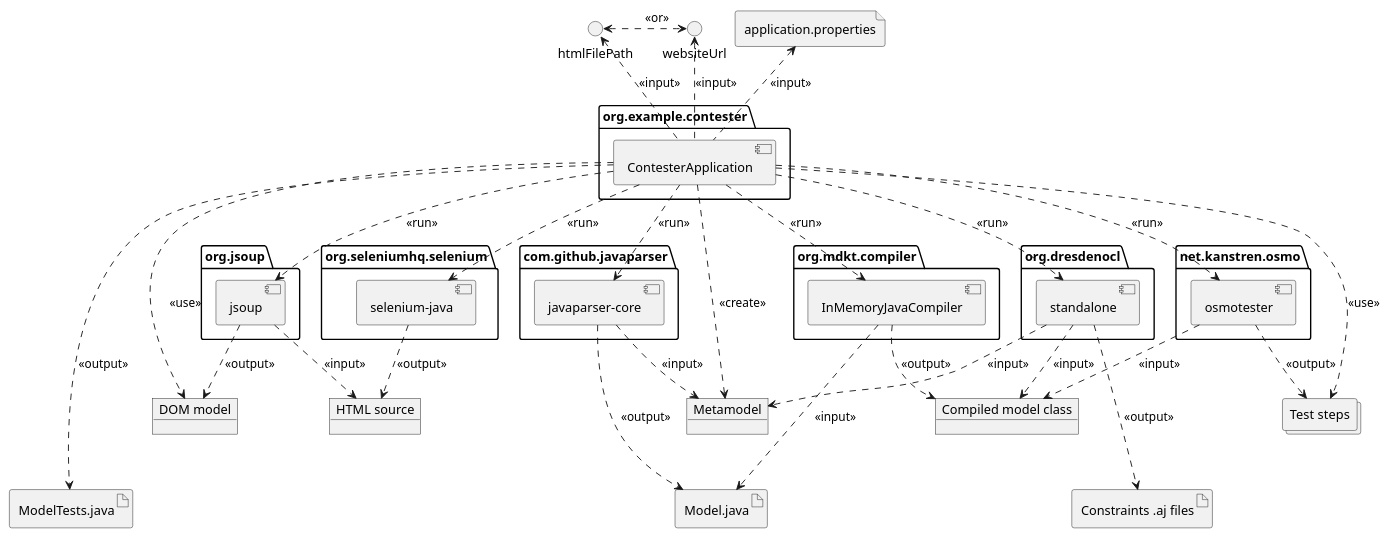
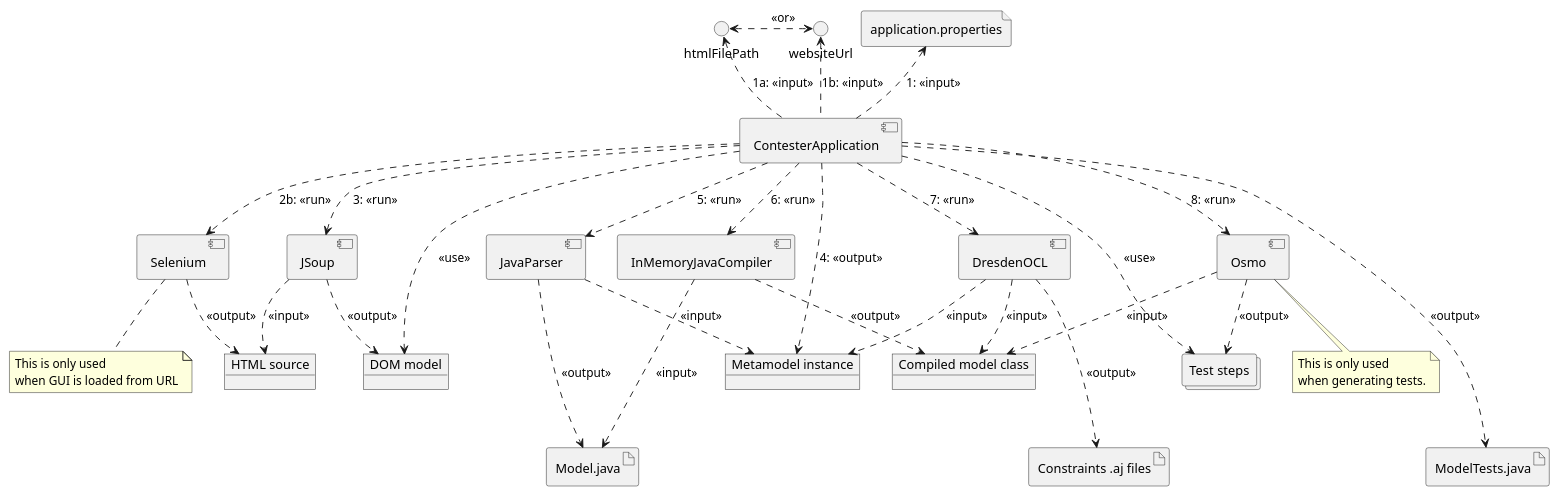
One commit to kwojcikowski/contester changed the diagram in uml/contester-component-diagram.puml. Above: the diagram before and after it, drawn with PlantUML. The commit also changed 2 other files, not shown here.

Commit message:
Align diagrams

```diff
--- a/uml/contester-component-diagram.puml
+++ b/uml/contester-component-diagram.puml
@@ -1,106 +1,80 @@
 @startuml contester-component-diagram
 allow_mixing
+hide circle
 
-package org.example.contester as contesterPackage {
-    component ContesterApplication
-}
+component ContesterApplication
+component "Selenium" as selenium
+component "JSoup" as jsoup
+component "JavaParser" as parser
+component InMemoryJavaCompiler
+component "DresdenOCL" as standalone
+component "Osmo" as osmotester
 
-package org.seleniumhq.selenium as seleniumPackage {
-    component "selenium-java" as selenium
-}
+note as seleniumNote
+This is only used
+when GUI is loaded from URL
+end note
+seleniumNote .u. selenium
 
-package org.jsoup as jsoupPackage {
-    component jsoup
-}
-
-package com.github.javaparser as parserPackage {
-    component "javaparser-core" as parser
-}
-
-package org.mdkt.compiler as compilerPackage {
-    component InMemoryJavaCompiler
-}
-
-package org.dresdenocl as oclPackage {
-    component standalone
-}
-
-package net.kanstren.osmo as osmoPackage {
-    component osmotester
-}
-
-'note as osmoNote
-'This is only used
-'when generating tests.
-'User can also provide tests manually
-'end note
-'
-'osmotester -u- osmoNote
+note as osmoNote
+This is only used
+when generating tests.
+end note
+osmotester -d- osmoNote
 
 file application.properties as config {
 }
 artifact "Model.java" as artifactModel
 artifact "ModelTests.java" as artifactModelTests
 artifact "Constraints .aj files" as artifactAj
 
-'file "HTML file" as htmlFile
 circle websiteUrl
 circle htmlFilePath
 
-'note as htmlNote
-'Targeted HTML file must have
-'model and constraints defined
-'end note
-
-'htmlFile <.. websiteUrl: points to
-'htmlFile <.. htmlFilePath: points to
-'htmlNote .r. htmlFile
-
-
 object "HTML source" as htmlSource
 object "DOM model" as domModel
-object "Metamodel" as metamodel
+object "Metamodel instance" as metamodel
 object "Compiled model class" as compiledModel
 collections "Test steps" as testSteps
 
 ' Inputs
-config <.. ContesterApplication : <<input>>
-websiteUrl <.. ContesterApplication: <<input>>
-htmlFilePath <.. ContesterApplication: <<input>>
+config <.. ContesterApplication : 1: <<input>>
+websiteUrl <.. ContesterApplication: 1b: <<input>>
+htmlFilePath <.. ContesterApplication: 1a: <<input>>
 htmlFilePath <.> websiteUrl: \t<<or>>\t
 
 ' HTML file retrieve
-ContesterApplication ..> selenium: <<run>>
+ContesterApplication ..> selenium: 2b: <<run>>
 selenium ..> htmlSource: <<output>>
 
 ' HTML parse into metamodel
-ContesterApplication .d.> jsoup: <<run>>
+ContesterApplication .d.> jsoup: 3: <<run>>
 jsoup ..> htmlSource: <<input>>
 jsoup ..> domModel: <<output>>
 ContesterApplication .d.> domModel: <<use>>
-ContesterApplication ..> metamodel: <<create>>
+ContesterApplication ..> metamodel: 4: <<output>>
 
 ' Generate java model
-ContesterApplication ..> parser: <<run>>
+ContesterApplication ..> parser: 5: <<run>>
 parser ..> metamodel: <<input>>
 parser ..> artifactModel: <<output>>
 
 ' Compile java model
-ContesterApplication ..> InMemoryJavaCompiler: <<run>>
+ContesterApplication ..> InMemoryJavaCompiler: 6: <<run>>
 InMemoryJavaCompiler ...> artifactModel: <<input>>
 InMemoryJavaCompiler ..> compiledModel: <<output>>
 
 ' Generate AspectJ
-ContesterApplication ..> standalone: <<run>>
+ContesterApplication ..> standalone: 7: <<run>>
 standalone ..> compiledModel: <<input>>
 standalone ..> metamodel: <<input>>
 standalone ...> artifactAj: <<output>>
 
 ' Generate test cases
-ContesterApplication ..> osmotester: <<run>>
+ContesterApplication ..> osmotester: 8: <<run>>
 osmotester ..> compiledModel: <<input>>
 osmotester ..> testSteps: <<output>>
 ContesterApplication ..> testSteps: <<use>>
 ContesterApplication ....> artifactModelTests: <<output>>
 
 @enduml
```
